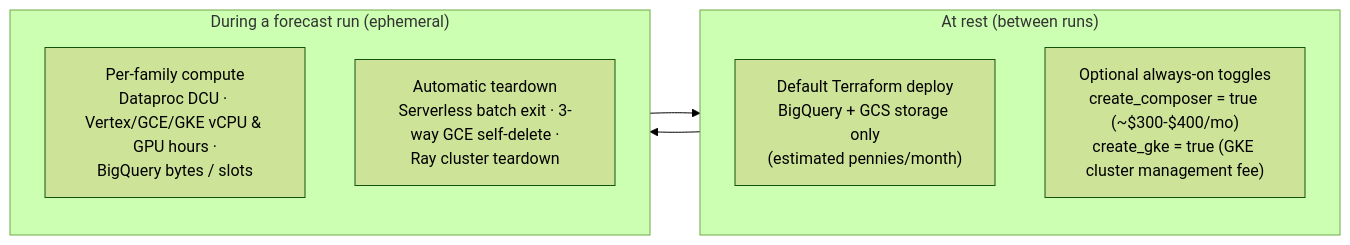
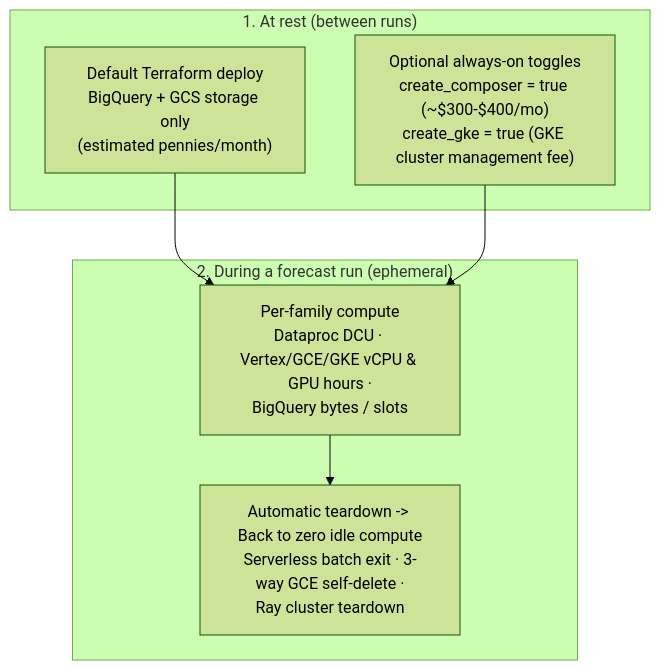
The diagram in docs/cost_estimates.md (statmike/scale-forecasting), drawn with Mermaid (forest theme) before and after one commit. The commit also changed 16 other files, not shown here.

Commit message:
docs: expand temporal reconciliation reference, fix GitHub MathJax & Mermaid aspect ratios, and add pre-commit tripwires

````diff
--- a/docs/cost_estimates.md
+++ b/docs/cost_estimates.md
@@ -5,12 +5,12 @@
 ```mermaid
-flowchart LR
-    subgraph IDLE["At rest (between runs)"]
+flowchart TD
+    subgraph IDLE["1. At rest (between runs)"]
         I1["Default Terraform deploy<br/>BigQuery + GCS storage only<br/>(estimated pennies/month)"]
         I2["Optional always-on toggles<br/>create_composer = true (~$300-$400/mo)<br/>create_gke = true (GKE cluster management fee)"]
     end
-    subgraph RUN["During a forecast run (ephemeral)"]
+    subgraph RUN["2. During a forecast run (ephemeral)"]
         R1["Per-family compute<br/>Dataproc DCU · Vertex/GCE/GKE vCPU &amp; GPU hours ·<br/>BigQuery bytes / slots"]
-        R2["Automatic teardown<br/>Serverless batch exit · 3-way GCE self-delete ·<br/>Ray cluster teardown"]
+        R2["Automatic teardown -> Back to zero idle compute<br/>Serverless batch exit · 3-way GCE self-delete ·<br/>Ray cluster teardown"]
     end
-    IDLE --> RUN --> IDLE
+    I1 & I2 --> R1 --> R2
 ```
````
